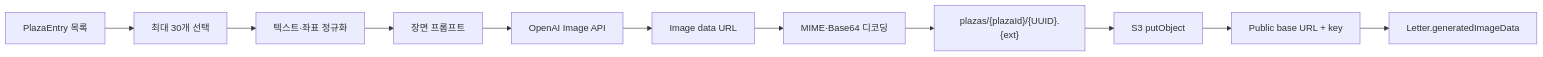
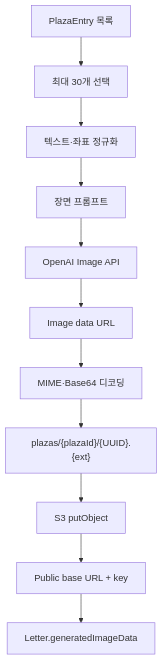
The seventh of 9 diagrams in docs/ARCHITECTURE.md (junyeong2107/weather-of-the-heart-portfolio), drawn with Mermaid before and after one commit. The commit also changed other lines of this file and 5 other files, not shown here.

````diff
--- a/docs/ARCHITECTURE.md
+++ b/docs/ARCHITECTURE.md
@@ -236,13 +229,13 @@
 ```mermaid
-flowchart LR
+flowchart TB
     Entries["PlazaEntry 목록"] --> Limit["최대 30개 선택"]
     Limit --> Normalize["텍스트·좌표 정규화"]
     Normalize --> Prompt["장면 프롬프트"]
     Prompt --> API["OpenAI Image API"]
     API --> DataUrl["Image data URL"]
     DataUrl --> Decode["MIME·Base64 디코딩"]
     Decode --> Key["plazas/{plazaId}/{UUID}.{ext}"]
     Key --> Upload["S3 putObject"]
     Upload --> URL["Public base URL + key"]
     URL --> Letter["Letter.generatedImageData"]
 ```
````
